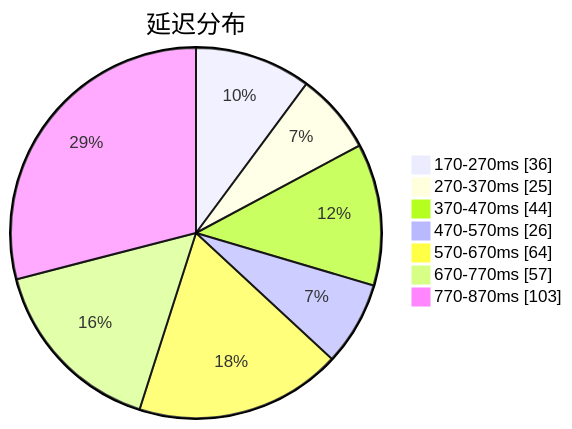
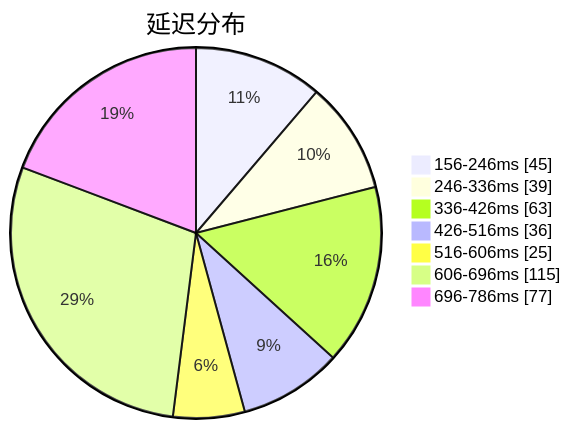
The first of 3 diagrams in subs/statistics/tested_within.md (qjlxg/airport), drawn with Mermaid before and after one commit. The commit also changed other lines of this file and 2 other files, not shown here.

````diff
--- a/subs/statistics/tested_within.md
+++ b/subs/statistics/tested_within.md
@@ -2,11 +2,11 @@
 ```mermaid
 pie showData
 title 延迟分布
-"170-270ms" : 36
-"270-370ms" : 25
-"370-470ms" : 44
-"470-570ms" : 26
-"570-670ms" : 64
-"670-770ms" : 57
-"770-870ms" : 103
+"156-246ms" : 45
+"246-336ms" : 39
+"336-426ms" : 63
+"426-516ms" : 36
+"516-606ms" : 25
+"606-696ms" : 115
+"696-786ms" : 77
 ```
````
